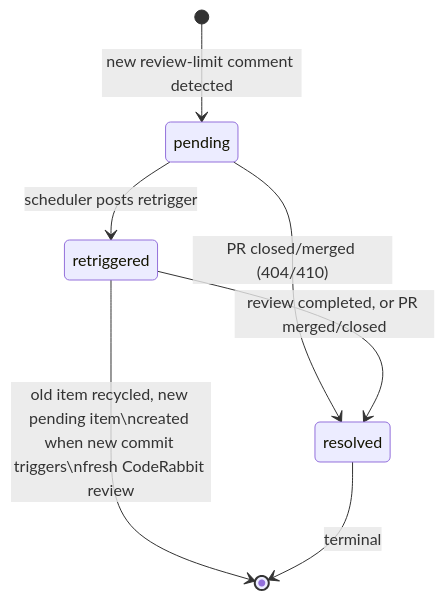
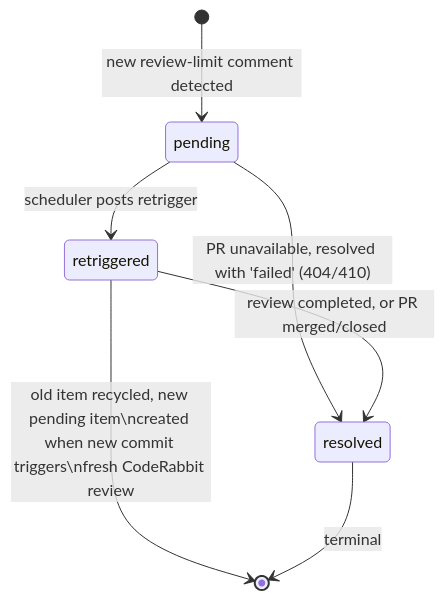
The diagram in docs/queue-status.md (couimet/rabbit-maximizer), drawn with Mermaid before and after one commit. The commit also changed other lines of this file and 6 other files, not shown here.

````diff
--- a/docs/queue-status.md
+++ b/docs/queue-status.md
@@ -5,9 +5,9 @@
 ```mermaid
 stateDiagram-v2
     [*] --> pending: new review-limit comment detected
     pending --> retriggered: scheduler posts retrigger
-    pending --> resolved: PR closed/merged (404/410)
+    pending --> resolved: PR unavailable, resolved with 'failed' (404/410)
     retriggered --> resolved: review completed, or PR merged/closed
     retriggered --> [*]: old item recycled, new pending item\ncreated when new commit triggers\nfresh CodeRabbit review
     resolved --> [*]: terminal
 ```
````
